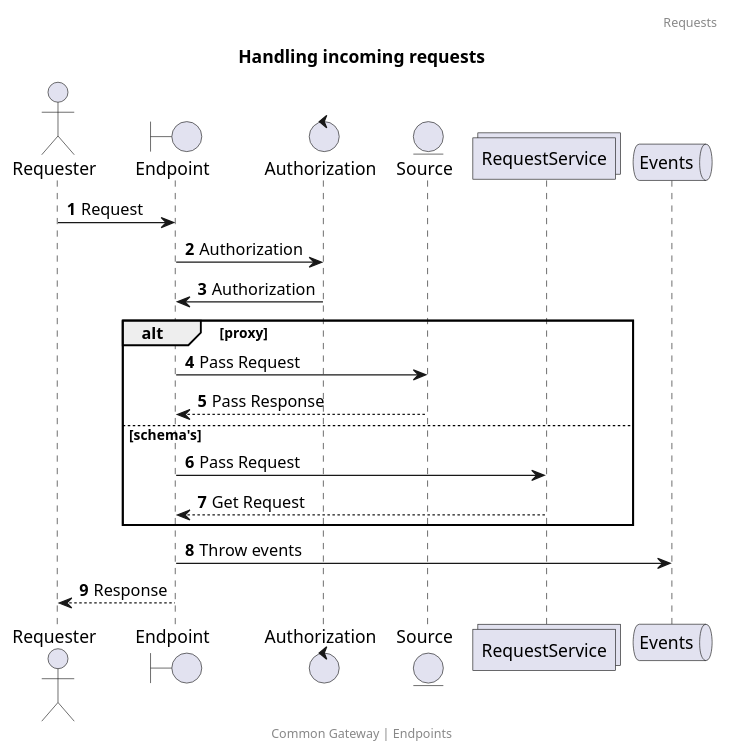
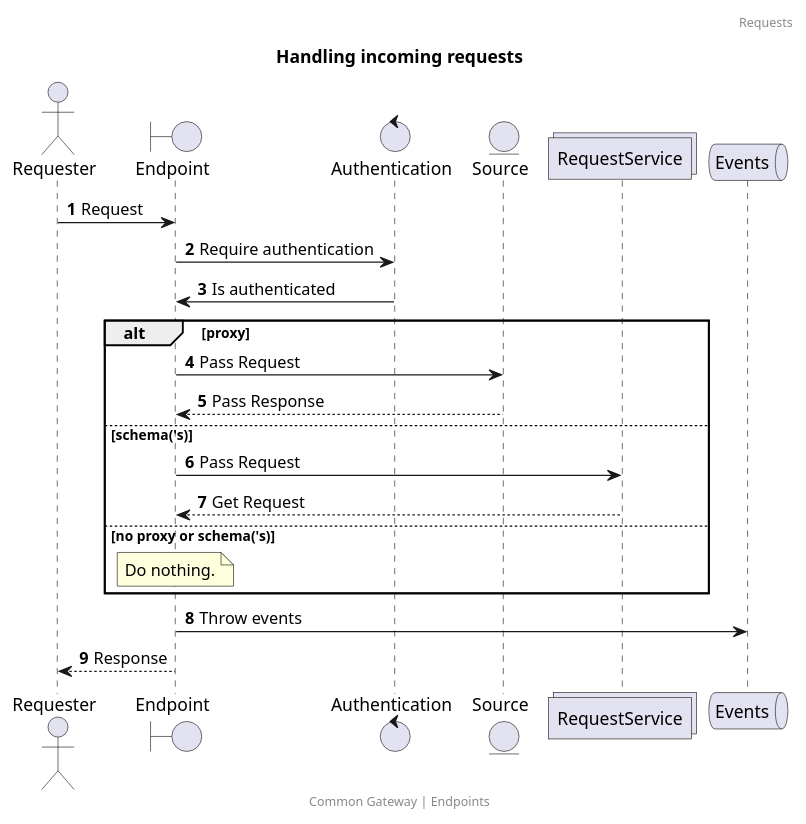
One commit to CommonGateway/CoreBundle changed the diagram in docs/features/request.puml. Above: the diagram before and after it, drawn with PlantUML. The commit also changed 1 other file, not shown here.

```diff
--- a/docs/features/request.puml
+++ b/docs/features/request.puml
@@ -1,28 +1,30 @@
 @startuml
 title: Handling incoming requests
 footer: Common Gateway | Endpoints
 header: Requests
 autonumber
 
 actor       Requester        as Requester
 boundary    Endpoint         as Endpoint
-control     Authorization    as Authorization
+control     Authentication   as Authentication
 entity      Source           as Source
 collections RequestService   as RequestService
 queue       Events           as Events
 
 Requester -> Endpoint: Request
-Endpoint -> Authorization  : Authorization
-Authorization -> Endpoint  : Authorization
+Endpoint -> Authentication  : Require authentication
+Authentication -> Endpoint  : Is authenticated
 alt proxy
 
 Endpoint -> Source  : Pass Request
 Source --> Endpoint : Pass Response
-else schema's
+else schema('s)
 Endpoint -> RequestService  : Pass Request
 RequestService  --> Endpoint : Get Request
+else no proxy or schema('s)
+note over Endpoint: Do nothing.
 end
 
 Endpoint -> Events: Throw events
 Endpoint --> Requester: Response
 @enduml
```
